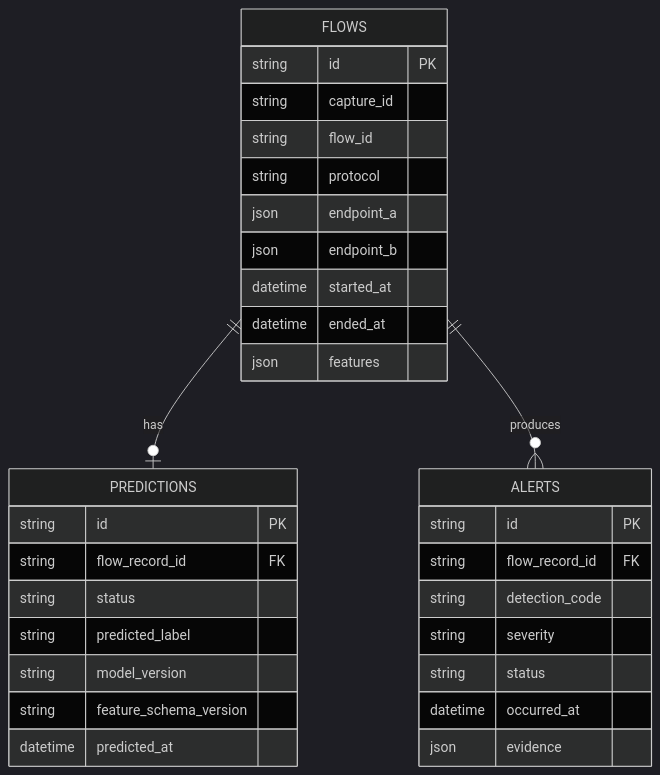
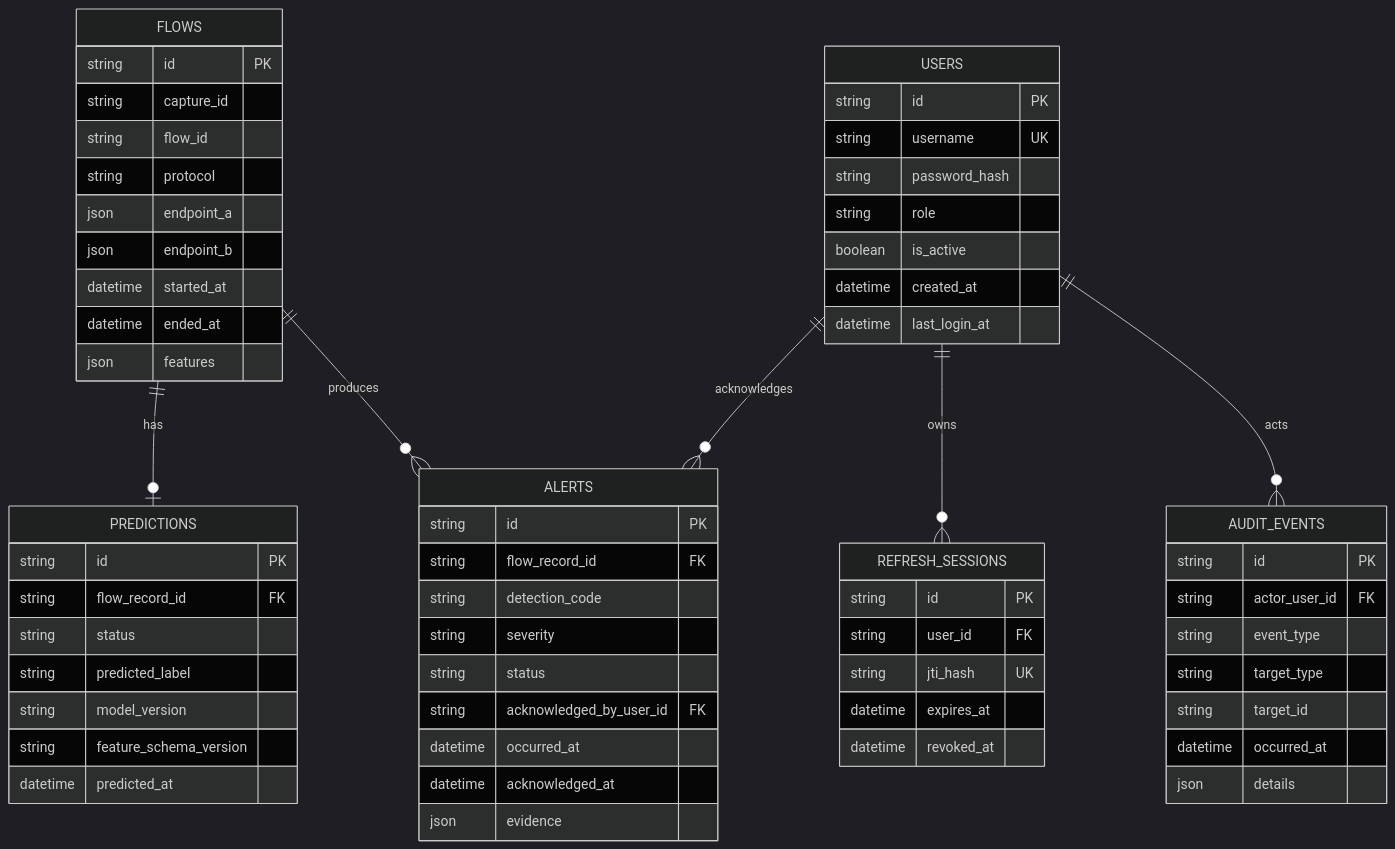
One commit to sugarfreelife/-AI-Based-Real-Time-Network-Intrusion-Detection-Traffic-Monitoring-System changed the diagram in docs/DATABASE.md. Above: the diagram before and after it, drawn with Mermaid (dark theme). The commit also changed other lines of this file and 21 other files, not shown here.

````diff
--- a/docs/DATABASE.md
+++ b/docs/DATABASE.md
@@ -7,34 +7,64 @@
 ```mermaid
 erDiagram
     FLOWS ||--o| PREDICTIONS : has
     FLOWS ||--o{ ALERTS : produces
+    USERS ||--o{ REFRESH_SESSIONS : owns
+    USERS ||--o{ AUDIT_EVENTS : acts
+    USERS ||--o{ ALERTS : acknowledges
     FLOWS {
         string id PK
         string capture_id
         string flow_id
         string protocol
         json endpoint_a
         json endpoint_b
         datetime started_at
         datetime ended_at
         json features
     }
     PREDICTIONS {
         string id PK
         string flow_record_id FK
         string status
         string predicted_label
         string model_version
         string feature_schema_version
         datetime predicted_at
     }
     ALERTS {
         string id PK
         string flow_record_id FK
         string detection_code
         string severity
         string status
+        string acknowledged_by_user_id FK
         datetime occurred_at
+        datetime acknowledged_at
         json evidence
     }
+    USERS {
+        string id PK
+        string username UK
+        string password_hash
+        string role
+        boolean is_active
+        datetime created_at
+        datetime last_login_at
+    }
+    REFRESH_SESSIONS {
+        string id PK
+        string user_id FK
+        string jti_hash UK
+        datetime expires_at
+        datetime revoked_at
+    }
+    AUDIT_EVENTS {
+        string id PK
+        string actor_user_id FK
+        string event_type
+        string target_type
+        string target_id
+        datetime occurred_at
+        json details
+    }
 ```
````
